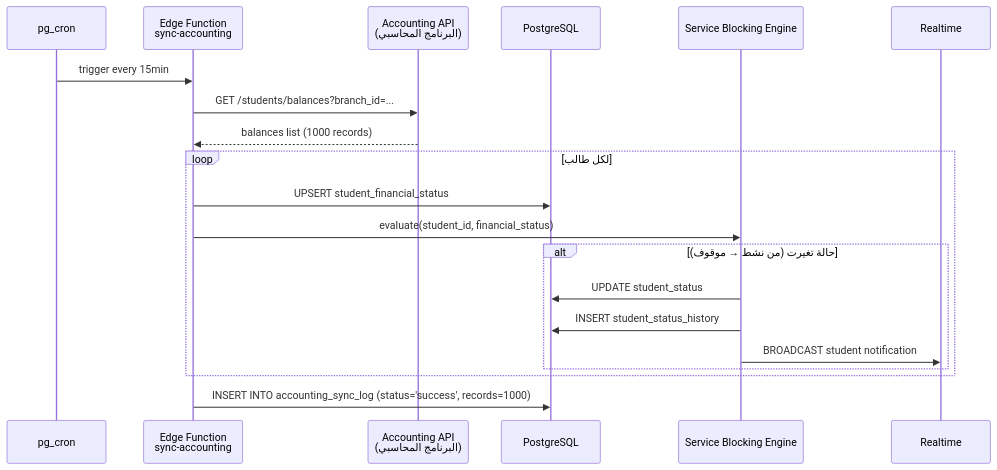
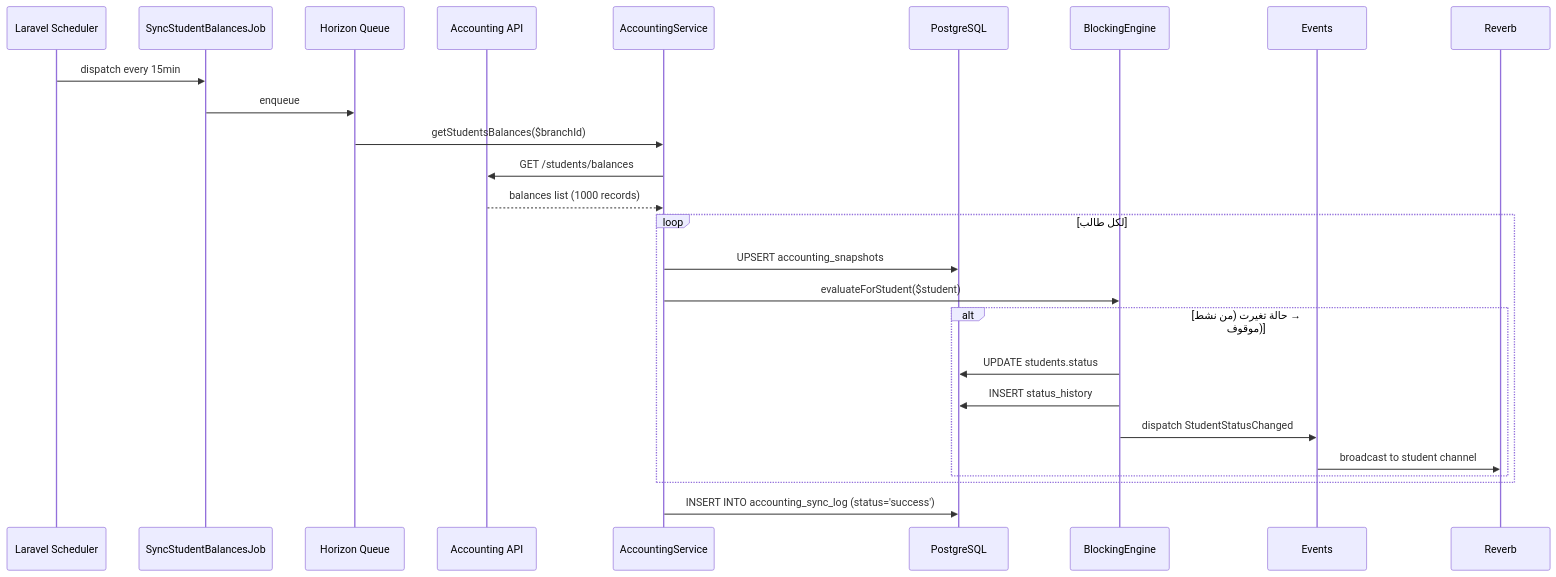
Before and after one commit to alharbib902-del/technical-handover: the sixth of 8 diagrams in مسودات-الوكلاء/الجزء-01-السياق-والمعمارية.md, drawn with Mermaid. The commit also changed other lines of this file and 22 other files, not shown here.

````diff
--- a/مسودات-الوكلاء/الجزء-01-السياق-والمعمارية.md
+++ b/مسودات-الوكلاء/الجزء-01-السياق-والمعمارية.md
@@ -1059,26 +1048,32 @@
 ```mermaid
 sequenceDiagram
-    participant CRON as pg_cron
-    participant EDGE as Edge Function<br/>sync-accounting
-    participant ACC as Accounting API<br/>(البرنامج المحاسبي)
-    participant PG as PostgreSQL
-    participant SBE as Service Blocking Engine
-    participant RT as Realtime
+    participant SCHED as Laravel Scheduler
+    participant JOB as SyncStudentBalancesJob
+    participant HORIZON as Horizon Queue
+    participant ACC as Accounting API
+    participant SVC as AccountingService
+    participant DB as PostgreSQL
+    participant SBE as BlockingEngine
+    participant EVT as Events
+    participant REV as Reverb
 
-    CRON->>EDGE: trigger every 15min
-    EDGE->>ACC: GET /students/balances?branch_id=...
-    ACC-->>EDGE: balances list (1000 records)
+    SCHED->>JOB: dispatch every 15min
+    JOB->>HORIZON: enqueue
+    HORIZON->>SVC: getStudentsBalances($branchId)
+    SVC->>ACC: GET /students/balances
+    ACC-->>SVC: balances list (1000 records)
 
     loop لكل طالب
-        EDGE->>PG: UPSERT student_financial_status
-        EDGE->>SBE: evaluate(student_id, financial_status)
+        SVC->>DB: UPSERT accounting_snapshots
+        SVC->>SBE: evaluateForStudent($student)
 
         alt حالة تغيرت (من نشط → موقوف)
-            SBE->>PG: UPDATE student_status
-            SBE->>PG: INSERT student_status_history
-            SBE->>RT: BROADCAST student notification
+            SBE->>DB: UPDATE students.status
+            SBE->>DB: INSERT status_history
+            SBE->>EVT: dispatch StudentStatusChanged
+            EVT->>REV: broadcast to student channel
         end
     end
 
-    EDGE->>PG: INSERT INTO accounting_sync_log (status='success', records=1000)
+    SVC->>DB: INSERT INTO accounting_sync_log (status='success')
 ```
````
